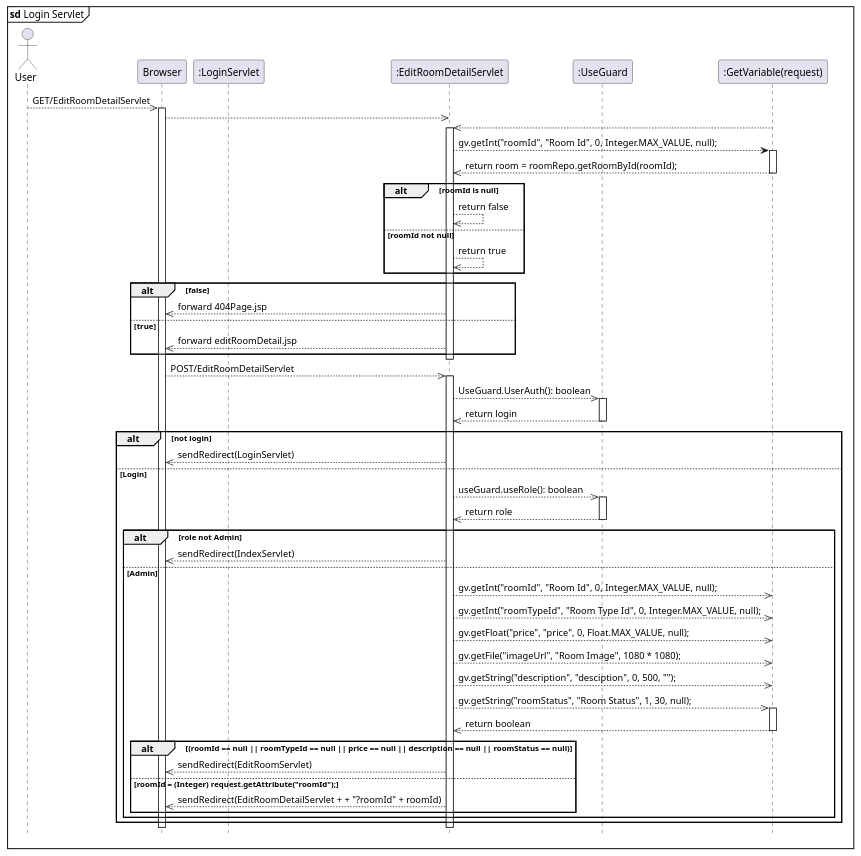
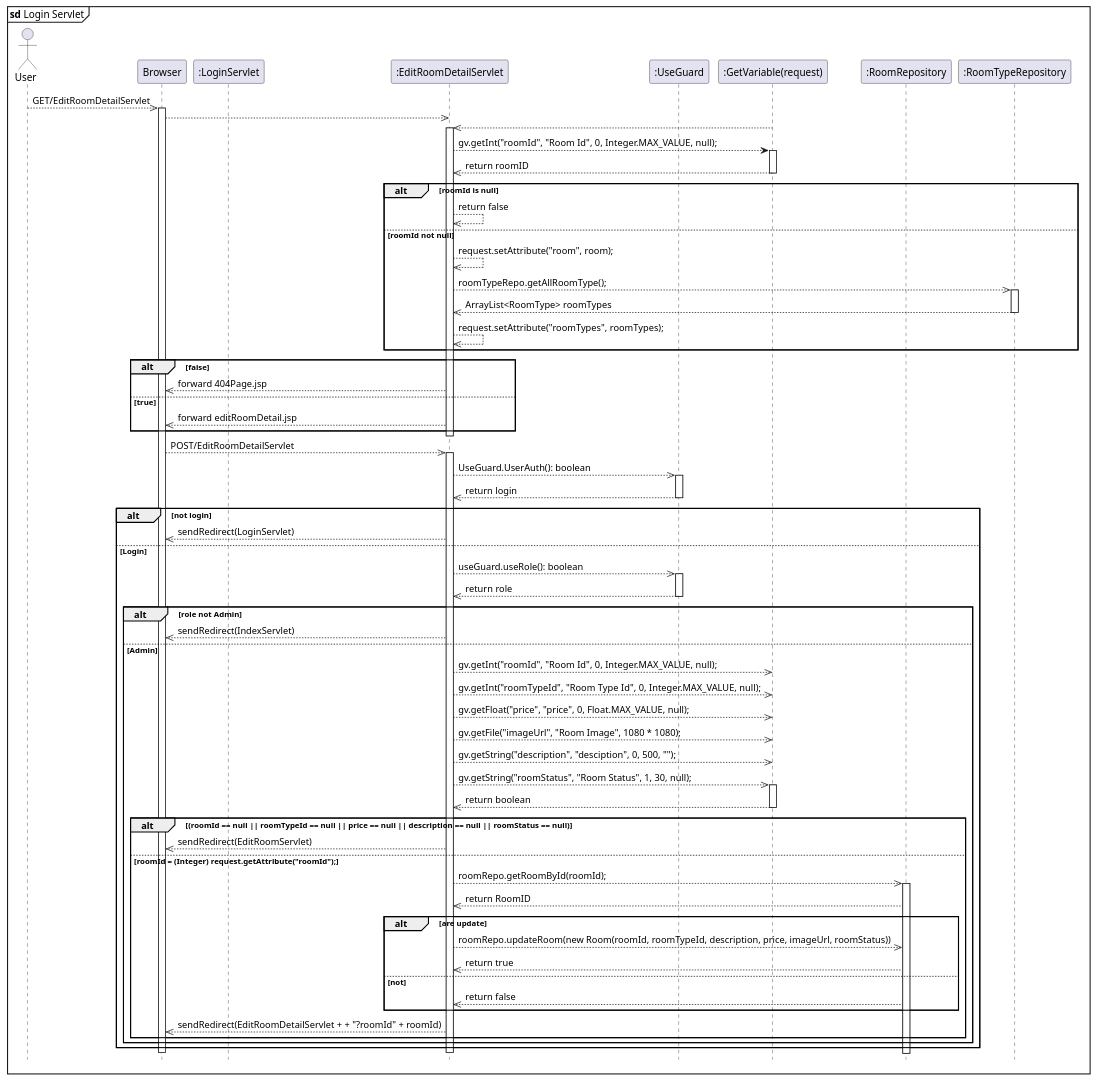
The diagram in diagram/EditRoomDetailServlet.puml (kainesv86/HKCBooking), drawn with PlantUML before and after one commit.

Commit message:
UPDATE DETAIL ROOM

```diff
--- a/diagram/EditRoomDetailServlet.puml
+++ b/diagram/EditRoomDetailServlet.puml
@@ -1,69 +1,83 @@
 hide footbox
 mainframe <b>sd</b> Login Servlet
 actor User
 participant "Browser" as Browser
 participant ":LoginServlet" as LoginServlet
 participant ":EditRoomDetailServlet" as EditRoomDetailServlet 
 participant ":UseGuard" as UseGuard
 participant ":GetVariable(request)" as GetVariable
-
+participant ":RoomRepository" as RoomRepository
+participant ":RoomTypeRepository" as RoomTypeRepository
 
 User -->> Browser: GET/EditRoomDetailServlet
 activate Browser
     Browser -->> EditRoomDetailServlet:
     
     GetVariable -->> EditRoomDetailServlet
     activate EditRoomDetailServlet
     
     EditRoomDetailServlet --> GetVariable: gv.getInt("roomId", "Room Id", 0, Integer.MAX_VALUE, null);
     activate GetVariable
-        GetVariable -->> EditRoomDetailServlet: return room = roomRepo.getRoomById(roomId);
+        GetVariable -->> EditRoomDetailServlet: return roomID
     deactivate GetVariable
     alt roomId is null
         EditRoomDetailServlet -->> EditRoomDetailServlet: return false
-    else roomId not null
-        EditRoomDetailServlet -->> EditRoomDetailServlet: return true
+    else roomId not null    
+        EditRoomDetailServlet -->> EditRoomDetailServlet: request.setAttribute("room", room);
+        EditRoomDetailServlet -->> RoomTypeRepository:  roomTypeRepo.getAllRoomType();
+        activate RoomTypeRepository
+        RoomTypeRepository -->> EditRoomDetailServlet: ArrayList<RoomType> roomTypes
+        deactivate RoomTypeRepository
+        EditRoomDetailServlet -->> EditRoomDetailServlet: request.setAttribute("roomTypes", roomTypes);
     end
     alt false
         EditRoomDetailServlet -->> Browser: forward 404Page.jsp
     else true
         EditRoomDetailServlet -->> Browser: forward editRoomDetail.jsp
     end
     deactivate EditRoomDetailServlet
 
 Browser -->> EditRoomDetailServlet: POST/EditRoomDetailServlet
     activate EditRoomDetailServlet
     EditRoomDetailServlet -->> UseGuard: UseGuard.UserAuth(): boolean
     activate UseGuard
         UseGuard -->> EditRoomDetailServlet: return login
     deactivate UseGuard
     alt not login
         EditRoomDetailServlet -->> Browser: sendRedirect(LoginServlet)
     else Login
     EditRoomDetailServlet -->> UseGuard: useGuard.useRole(): boolean
         activate UseGuard
         UseGuard -->> EditRoomDetailServlet: return role
         deactivate UseGuard
         alt role not Admin
             EditRoomDetailServlet -->> Browser: sendRedirect(IndexServlet)
         else Admin
             EditRoomDetailServlet -->> GetVariable: gv.getInt("roomId", "Room Id", 0, Integer.MAX_VALUE, null);
             EditRoomDetailServlet -->> GetVariable: gv.getInt("roomTypeId", "Room Type Id", 0, Integer.MAX_VALUE, null);
             EditRoomDetailServlet -->> GetVariable: gv.getFloat("price", "price", 0, Float.MAX_VALUE, null);
             EditRoomDetailServlet -->> GetVariable: gv.getFile("imageUrl", "Room Image", 1080 * 1080);
             EditRoomDetailServlet -->> GetVariable: gv.getString("description", "desciption", 0, 500, "");
             EditRoomDetailServlet -->> GetVariable: gv.getString("roomStatus", "Room Status", 1, 30, null);
             activate GetVariable
                 GetVariable -->> EditRoomDetailServlet: return boolean
             deactivate GetVariable
             alt (roomId == null || roomTypeId == null || price == null || description == null || roomStatus == null)
                 EditRoomDetailServlet -->> Browser: sendRedirect(EditRoomServlet)
             else roomId = (Integer) request.getAttribute("roomId");
-                
+                 EditRoomDetailServlet -->> RoomRepository:  roomRepo.getRoomById(roomId);
+                    activate RoomRepository
+                    RoomRepository -->> EditRoomDetailServlet: return RoomID
+                    alt are update 
+                    EditRoomDetailServlet -->> RoomRepository: roomRepo.updateRoom(new Room(roomId, roomTypeId, description, price, imageUrl, roomStatus))
+                    RoomRepository -->> EditRoomDetailServlet: return true
+                    else not
+                    RoomRepository -->>EditRoomDetailServlet: return false
+                    end 
                 EditRoomDetailServlet -->> Browser:sendRedirect(EditRoomDetailServlet + + "?roomId" + roomId)
 
             end
         end
     end
     deactivate EditRoomDetailServlet
     deactivate Browser
```
